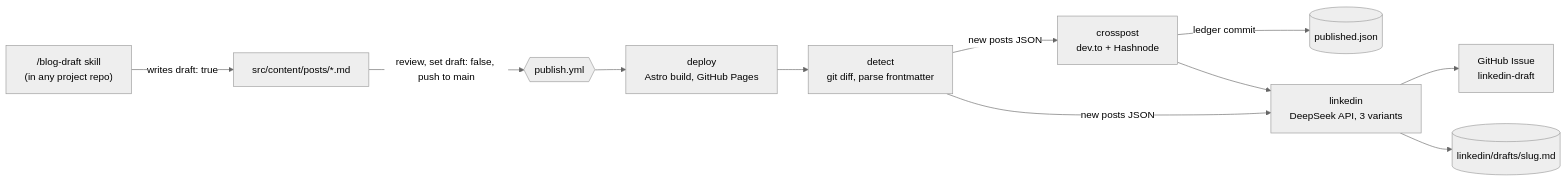
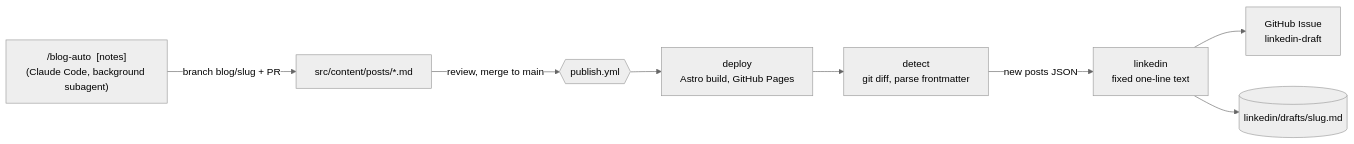
Before and after one commit to Aqeel-Ryan/Aqeel-Ryan.github.io: the diagram in README.md, drawn with Mermaid (neutral theme). The commit also changed other lines of this file and 11 other files, not shown here.

Commit message:
Replace DeepSeek with Claude Code /blog-auto; remove cross-posting

````diff
--- a/README.md
+++ b/README.md
@@ -7,13 +7,10 @@
 ```mermaid
 flowchart LR
-  A["/blog-draft skill<br/>(in any project repo)"] -->|writes draft: true| B[src/content/posts/*.md]
-  B -->|review, set draft: false, push to main| C{{publish.yml}}
+  A["/blog-auto <project> [notes]<br/>(Claude Code, background subagent)"] -->|branch blog/slug + PR| B[src/content/posts/*.md]
+  B -->|review, merge to main| C{{publish.yml}}
   C --> D[deploy<br/>Astro build, GitHub Pages]
   D --> E[detect<br/>git diff, parse frontmatter]
-  E -->|new posts JSON| F[crosspost<br/>dev.to + Hashnode]
-  F -->|ledger commit| G[(published.json)]
-  F --> H[linkedin<br/>DeepSeek API, 3 variants]
-  E -->|new posts JSON| H
+  E -->|new posts JSON| H[linkedin<br/>fixed one-line text]
   H --> I[GitHub Issue<br/>linkedin-draft]
   H --> J[(linkedin/drafts/slug.md)]
 ```
````
